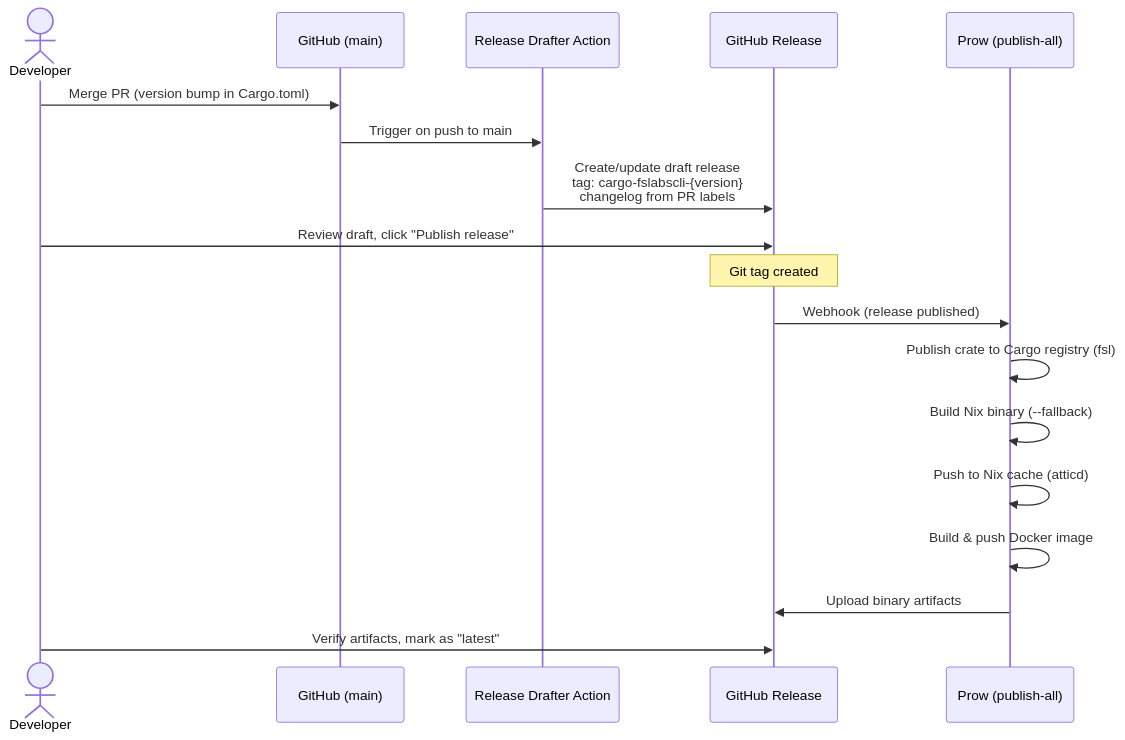
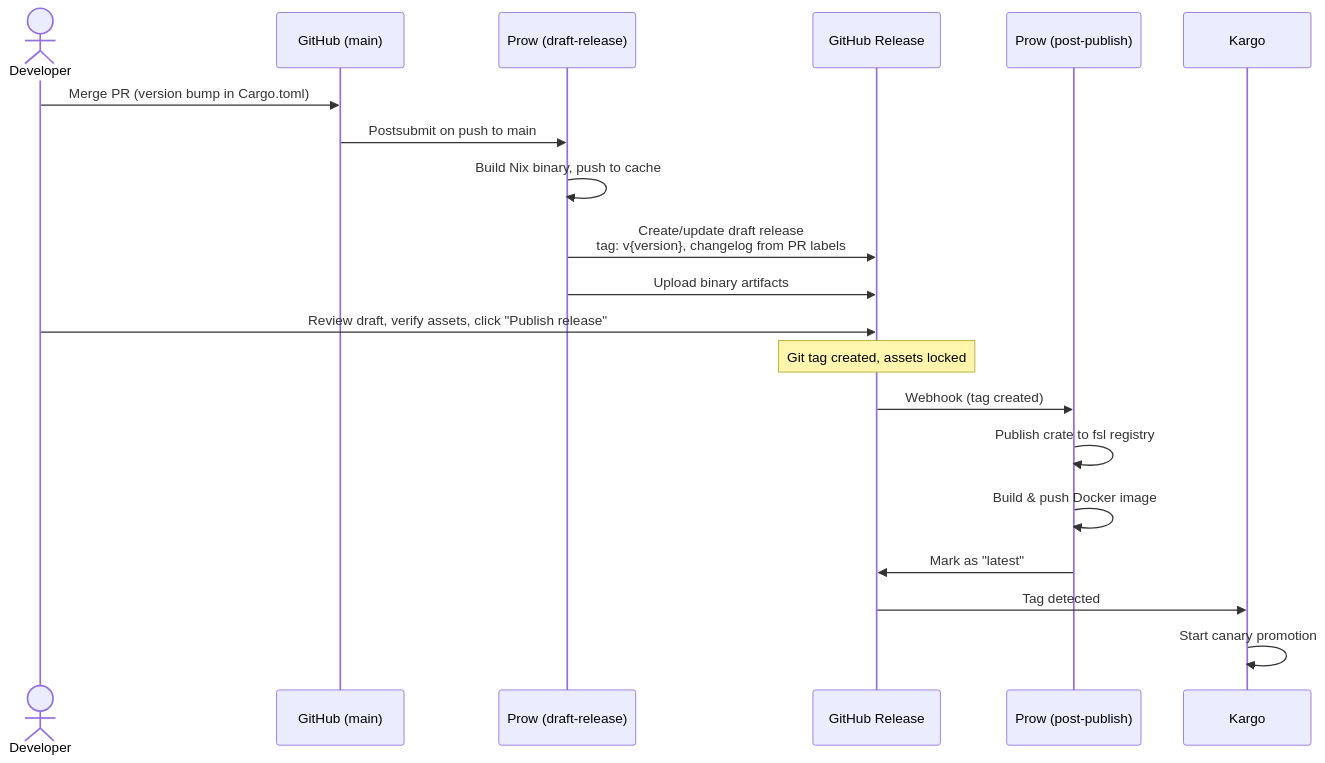
One commit to fslabs/fslabscli changed the diagram in README.md. Above: the diagram before and after it, drawn with Mermaid. The commit also changed other lines of this file and 10 other files, not shown here.

First line of the commit message:
feat(publish): add draft-release command and immutable release pipeline

````diff
--- a/README.md
+++ b/README.md
@@ -44,24 +47,26 @@
 ``` mermaid
 sequenceDiagram
     actor Dev as Developer
     participant GH as GitHub (main)
-    participant RD as Release Drafter Action
+    participant Prow as Prow (draft-release)
     participant Rel as GitHub Release
-    participant Prow as Prow (publish-all)
+    participant Prow2 as Prow (post-publish)
+    participant Kargo as Kargo
 
     Dev->>GH: Merge PR (version bump in Cargo.toml)
-    GH->>RD: Trigger on push to main
-    RD->>Rel: Create/update draft release<br/>tag: cargo-fslabscli-{version}<br/>changelog from PR labels
-
-    Dev->>Rel: Review draft, click "Publish release"
-    Note over Rel: Git tag created
-
-    Rel->>Prow: Webhook (release published)
-    Prow->>Prow: Publish crate to Cargo registry (fsl)
-    Prow->>Prow: Build Nix binary (--fallback)
-    Prow->>Prow: Push to Nix cache (atticd)
-    Prow->>Prow: Build & push Docker image
+    GH->>Prow: Postsubmit on push to main
+    Prow->>Prow: Build Nix binary, push to cache
+    Prow->>Rel: Create/update draft release<br/>tag: v{version}, changelog from PR labels
     Prow->>Rel: Upload binary artifacts
 
-    Dev->>Rel: Verify artifacts, mark as "latest"
+    Dev->>Rel: Review draft, verify assets, click "Publish release"
+    Note over Rel: Git tag created, assets locked
+
+    Rel->>Prow2: Webhook (tag created)
+    Prow2->>Prow2: Publish crate to fsl registry
+    Prow2->>Prow2: Build & push Docker image
+    Prow2->>Rel: Mark as "latest"
+
+    Rel->>Kargo: Tag detected
+    Kargo->>Kargo: Start canary promotion
 ```
````
